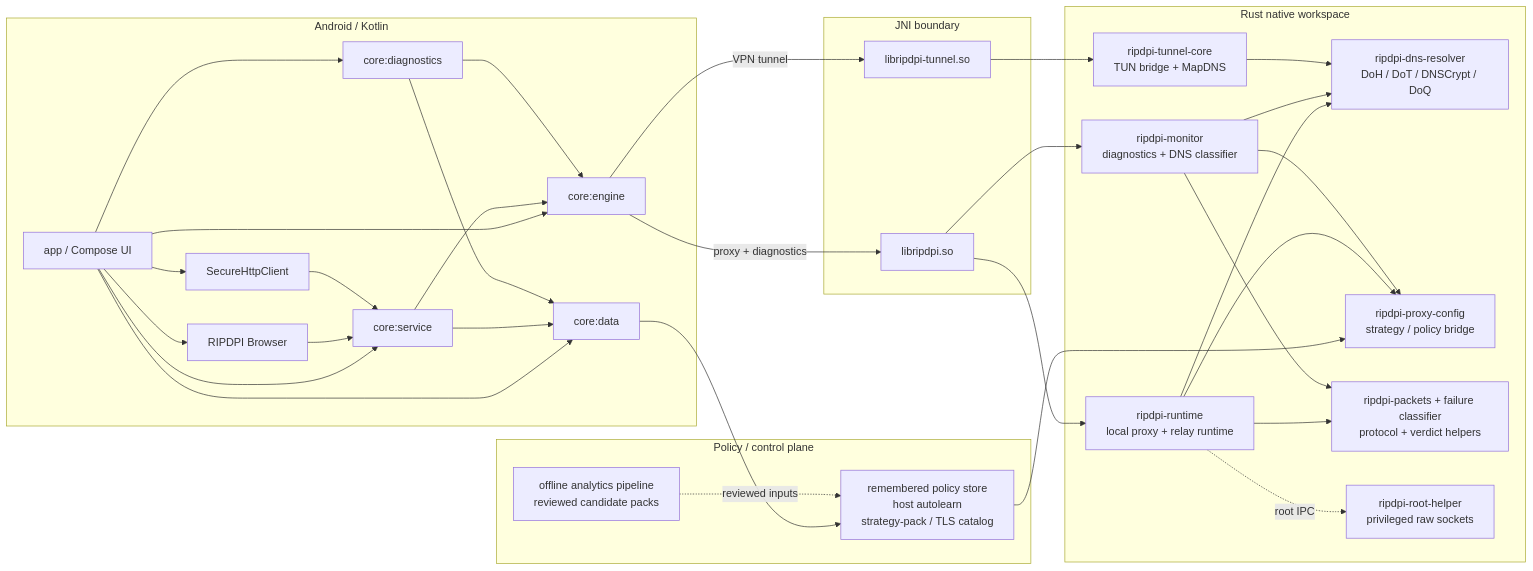
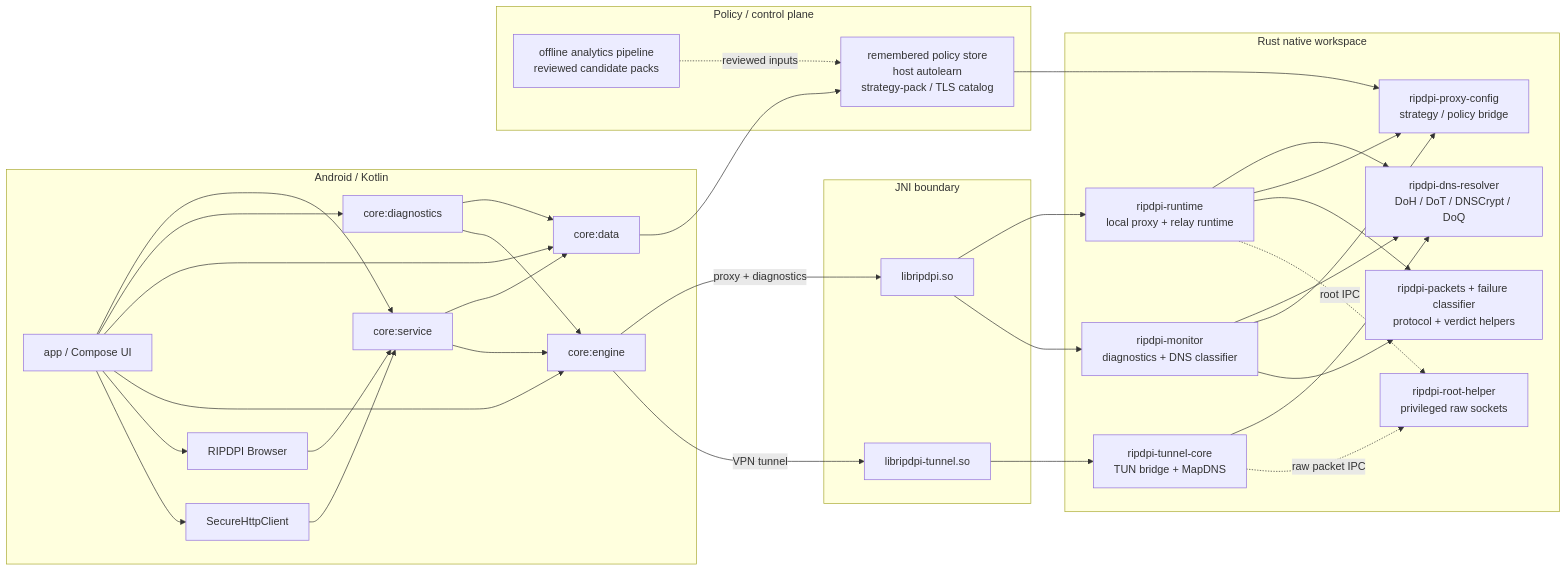
One commit to po4yka/RIPDPI changed the diagram in README-ru.md. Above: the diagram before and after it, drawn with Mermaid. The commit also changed other lines of this file and 6 other files, not shown here.

````diff
--- a/README-ru.md
+++ b/README-ru.md
@@ -74,61 +74,62 @@
 ```mermaid
 flowchart LR
     subgraph Android["Android / Kotlin"]
         UI["app / Compose UI"]
         BROW["RIPDPI Browser"]
         SHC["SecureHttpClient"]
         SVC["core:service"]
         DIAG["core:diagnostics"]
         DATA["core:data"]
         ENG["core:engine"]
     end
 
     subgraph Policy["Policy / control plane"]
         STORE["remembered policy store\nhost autolearn\nstrategy-pack / TLS catalog"]
         OFFLINE["offline analytics pipeline\nreviewed candidate packs"]
     end
 
     subgraph JNI["JNI boundary"]
         JNI_P["libripdpi.so"]
         JNI_T["libripdpi-tunnel.so"]
     end
 
     subgraph Native["Rust native workspace"]
         RT["ripdpi-runtime\nlocal proxy + relay runtime"]
         MON["ripdpi-monitor\ndiagnostics + DNS classifier"]
         TC["ripdpi-tunnel-core\nTUN bridge + MapDNS"]
         DNS["ripdpi-dns-resolver\nDoH / DoT / DNSCrypt / DoQ"]
         CFG["ripdpi-proxy-config\nstrategy / policy bridge"]
         PKT["ripdpi-packets + failure classifier\nprotocol + verdict helpers"]
         ROOT["ripdpi-root-helper\nprivileged raw sockets"]
     end
 
     UI --> SVC
     UI --> DIAG
     UI --> DATA
     UI --> ENG
     UI --> BROW
     UI --> SHC
     BROW --> SVC
     SHC --> SVC
     SVC --> DATA
     DIAG --> DATA
     DATA --> STORE
     OFFLINE -.->|reviewed inputs| STORE
     STORE --> CFG
     SVC --> ENG
     DIAG --> ENG
     ENG -->|proxy + diagnostics| JNI_P
     ENG -->|VPN tunnel| JNI_T
     JNI_P --> RT
     JNI_P --> MON
     JNI_T --> TC
     RT --> DNS
     RT --> CFG
     RT --> PKT
     MON --> DNS
     MON --> CFG
     MON --> PKT
     TC --> DNS
     RT -.->|root IPC| ROOT
+    TC -.->|raw packet IPC| ROOT
 ```
````
